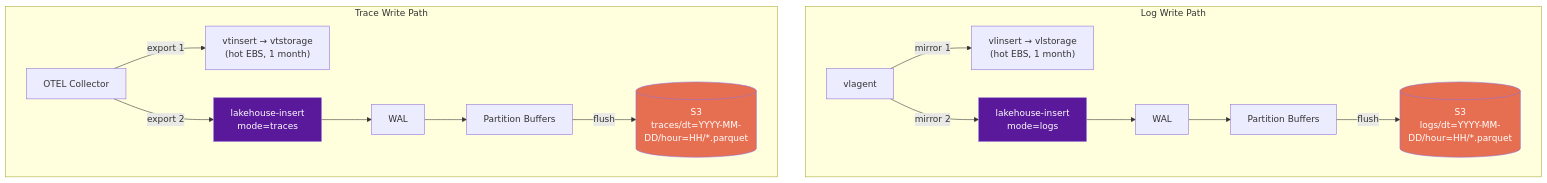
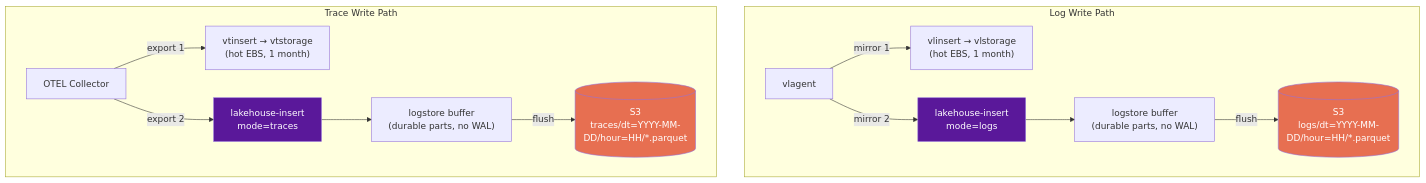
One commit to ReliablyObserve/victoria-lakehouse changed the fifth of 6 diagrams in docs/deployment-architecture.md. Above: the diagram before and after it, drawn with Mermaid. The commit also changed 3 other files, not shown here.

First line of the commit message:
docs: finish stale LH WAL purge (configuration, performance, deployment diagrams)

````diff
--- a/docs/deployment-architecture.md
+++ b/docs/deployment-architecture.md
@@ -563,23 +563,21 @@
 ```mermaid
 flowchart TB
     subgraph "Log Write Path"
         VA_W["vlagent"] -->|mirror 1| VLI_W["vlinsert → vlstorage<br/>(hot EBS, 1 month)"]
         VA_W -->|mirror 2| LHI_W["lakehouse-insert<br/>mode=logs"]
-        LHI_W --> WAL_L["WAL"]
-        WAL_L --> BUF_L["Partition Buffers"]
+        LHI_W --> BUF_L["logstore buffer<br/>(durable parts, no WAL)"]
         BUF_L -->|flush| S3_L[("S3<br/>logs/dt=YYYY-MM-DD/hour=HH/*.parquet")]
     end
 
     subgraph "Trace Write Path"
         OC_W["OTEL Collector"] -->|export 1| VTI_W["vtinsert → vtstorage<br/>(hot EBS, 1 month)"]
         OC_W -->|export 2| LHI_T2["lakehouse-insert<br/>mode=traces"]
-        LHI_T2 --> WAL_T["WAL"]
-        WAL_T --> BUF_T["Partition Buffers"]
+        LHI_T2 --> BUF_T["logstore buffer<br/>(durable parts, no WAL)"]
         BUF_T -->|flush| S3_T[("S3<br/>traces/dt=YYYY-MM-DD/hour=HH/*.parquet")]
     end
 
     style S3_L fill:#e76f51,color:#fff
     style S3_T fill:#e76f51,color:#fff
     style LHI_W fill:#5a189a,color:#fff
     style LHI_T2 fill:#5a189a,color:#fff
 ```
````
